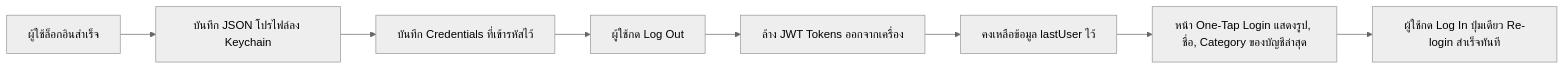
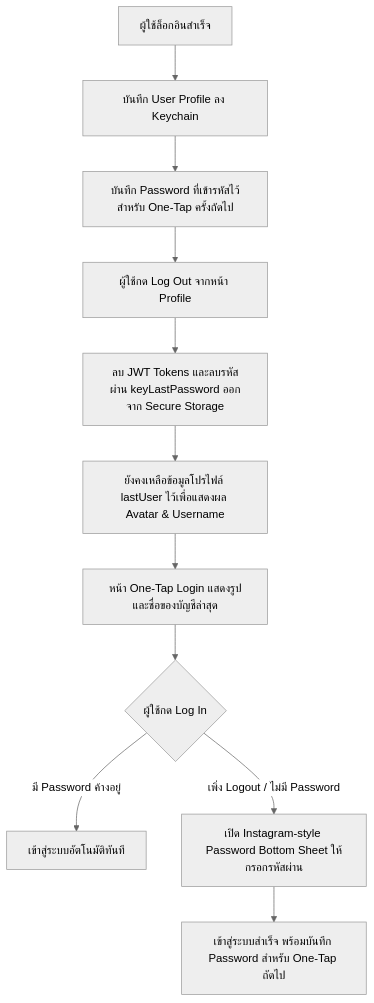
Before and after one commit to pykt0908/ai-software-engineer-project: the diagram in docs/03_frontend_flutter.md, drawn with Mermaid (neutral theme). The commit also changed other lines of this file and 12 other files, not shown here.

Commit message:
feat: require password on one-tap re-login after logout and add real user search endpoint in explore

````diff
--- a/docs/03_frontend_flutter.md
+++ b/docs/03_frontend_flutter.md
@@ -100,10 +101,13 @@
 ```mermaid
-graph LR
-    A[ผู้ใช้ล็อกอินสำเร็จ] --> B[บันทึก JSON โปรไฟล์ลง Keychain]
-    B --> C[บันทึก Credentials ที่เข้ารหัสไว้]
-    C --> D[ผู้ใช้กด Log Out]
-    D --> E[ล้าง JWT Tokens ออกจากเครื่อง]
-    E --> F[คงเหลือข้อมูล lastUser ไว้]
-    F --> G[หน้า One-Tap Login แสดงรูป, ชื่อ, Category ของบัญชีล่าสุด]
-    G --> H[ผู้ใช้กด Log In ปุ่มเดียว Re-login สำเร็จทันที]
+graph TD
+    A[ผู้ใช้ล็อกอินสำเร็จ] --> B[บันทึก User Profile ลง Keychain]
+    B --> C[บันทึก Password ที่เข้ารหัสไว้สำหรับ One-Tap ครั้งถัดไป]
+    C --> D[ผู้ใช้กด Log Out จากหน้า Profile]
+    D --> E[ลบ JWT Tokens และลบรหัสผ่าน keyLastPassword ออกจาก Secure Storage]
+    E --> F[ยังคงเหลือข้อมูลโปรไฟล์ lastUser ไว้เพื่อแสดงผล Avatar & Username]
+    F --> G[หน้า One-Tap Login แสดงรูปและชื่อของบัญชีล่าสุด]
+    G --> H{ผู้ใช้กด Log In}
+    H -->|มี Password ค้างอยู่| I[เข้าสู่ระบบอัตโนมัติทันที]
+    H -->|เพิ่ง Logout / ไม่มี Password| J[เปิด Instagram-style Password Bottom Sheet ให้กรอกรหัสผ่าน]
+    J --> K[เข้าสู่ระบบสำเร็จ พร้อมบันทึก Password สำหรับ One-Tap ถัดไป]
 ```
````
